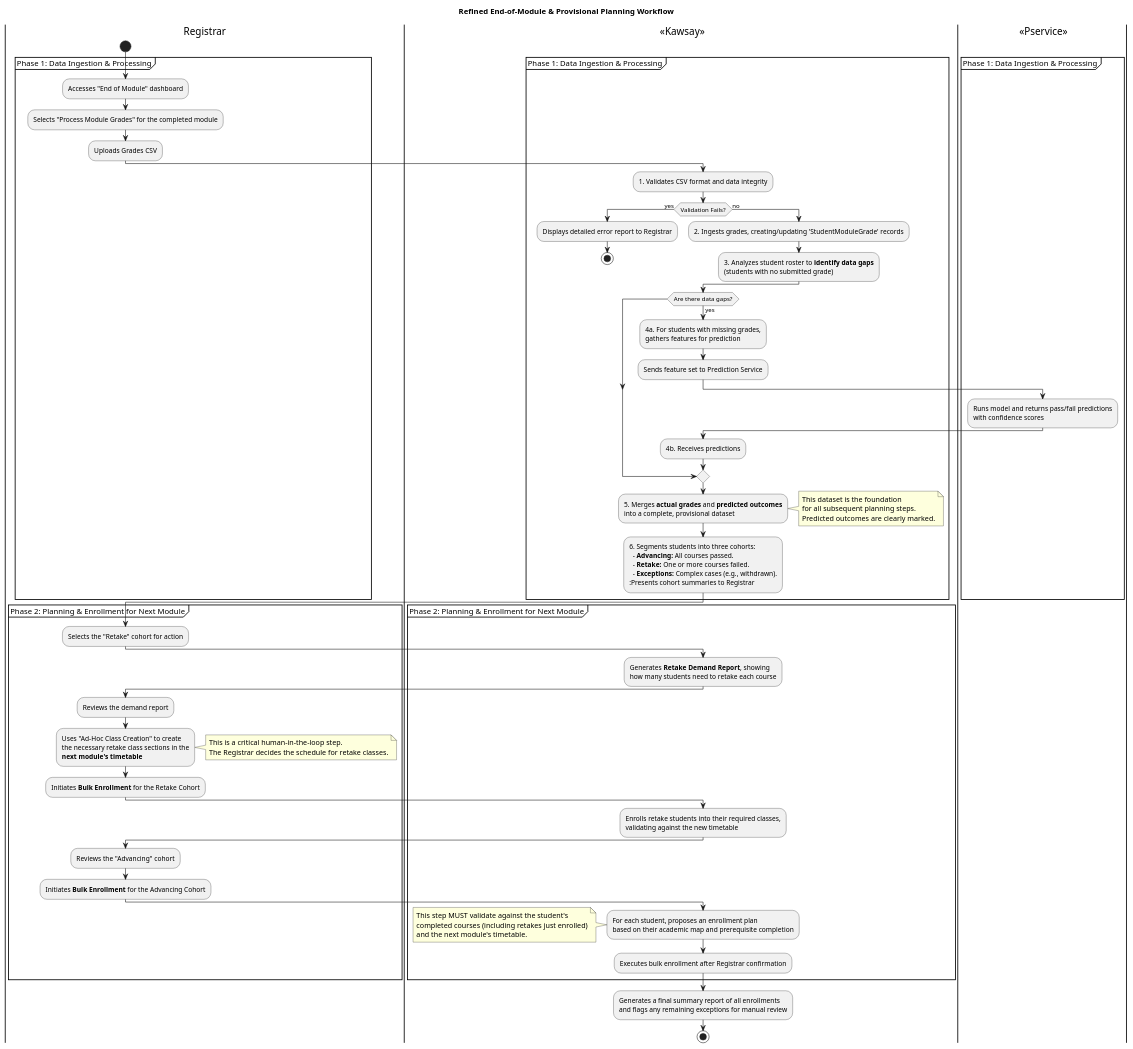
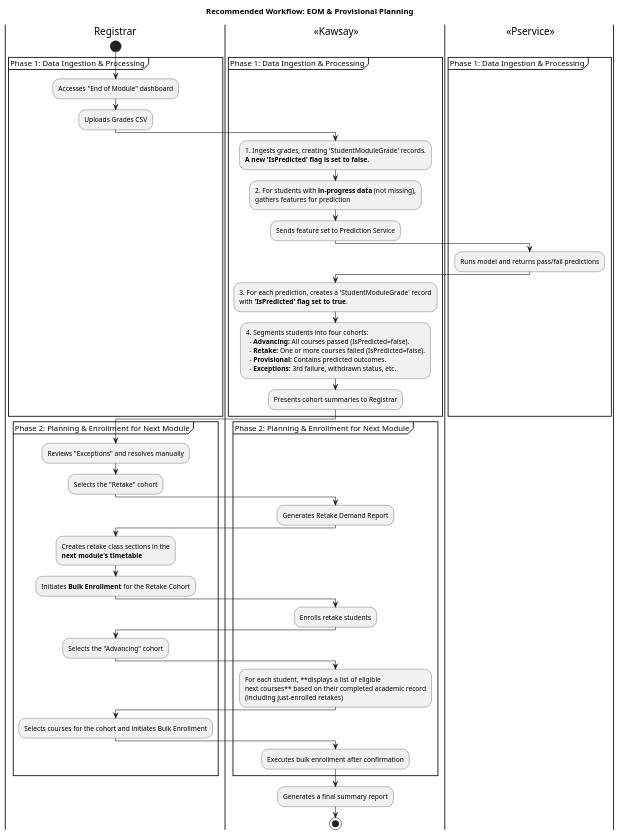
Before and after one commit to zrock-dev-backup/kawsay: the diagram in resources/activity-diagram/eom-wf.puml, drawn with PlantUML. The commit also changed 1 other file, not shown here.

Commit message:
refactor(enrollmetn): review

```diff
--- a/resources/activity-diagram/eom-wf.puml
+++ b/resources/activity-diagram/eom-wf.puml
@@ -1,94 +1,65 @@
 @startuml
-title Refined End-of-Module & Provisional Planning Workflow
+title Recommended Workflow: EOM & Provisional Planning
 
 |Registrar|
 start
 partition "Phase 1: Data Ingestion & Processing" {
     :Accesses "End of Module" dashboard;
-    :Selects "Process Module Grades" for the completed module;
     :Uploads Grades CSV;
 
     |System| <<Kawsay>>
-    :1. Validates CSV format and data integrity;
-    if (Validation Fails?) then (yes)
-        :Displays detailed error report to Registrar;
-        stop
-    else (no)
-        :2. Ingests grades, creating/updating 'StudentModuleGrade' records;
-        :3. Analyzes student roster to **identify data gaps**
-        (students with no submitted grade);
-    endif
+    :1. Ingests grades, creating 'StudentModuleGrade' records.
+    **A new 'IsPredicted' flag is set to false.**;
+    :2. For students with **in-progress data** (not missing),
+    gathers features for prediction;
+    :Sends feature set to Prediction Service;
 
-    if (Are there data gaps?) then (yes)
-        |System| <<Kawsay>>
-        :4a. For students with missing grades,
-        gathers features for prediction;
-        :Sends feature set to Prediction Service;
-
-        |Prediction| <<Pservice>>
-        :Runs model and returns pass/fail predictions
-        with confidence scores;
-
-        |System| <<Kawsay>>
-        :4b. Receives predictions;
-    endif
+    |Prediction| <<Pservice>>
+    :Runs model and returns pass/fail predictions;
 
     |System| <<Kawsay>>
-    :5. Merges **actual grades** and **predicted outcomes**
-    into a complete, provisional dataset;
-    note right
-        This dataset is the foundation
-        for all subsequent planning steps.
-        Predicted outcomes are clearly marked.
-    end note
-    :6. Segments students into three cohorts:
-      - **Advancing:** All courses passed.
-      - **Retake:** One or more courses failed.
-      - **Exceptions:** Complex cases (e.g., withdrawn).
+    :3. For each prediction, creates a 'StudentModuleGrade' record
+    with **'IsPredicted' flag set to true**.;
+    :4. Segments students into four cohorts:
+      - **Advancing:** All courses passed (IsPredicted=false).
+      - **Retake:** One or more courses failed (IsPredicted=false).
+      - **Provisional:** Contains predicted outcomes.
+      - **Exceptions:** 3rd failure, withdrawn status, etc.;
     :Presents cohort summaries to Registrar;
 }
 
 partition "Phase 2: Planning & Enrollment for Next Module" {
     |Registrar|
-    :Selects the "Retake" cohort for action;
+    :Reviews "Exceptions" and resolves manually;
+    :Selects the "Retake" cohort;
 
     |System| <<Kawsay>>
-    :Generates **Retake Demand Report**, showing
-    how many students need to retake each course;
+    :Generates Retake Demand Report;
 
     |Registrar|
-    :Reviews the demand report;
-    :Uses "Ad-Hoc Class Creation" to create
-    the necessary retake class sections in the
+    :Creates retake class sections in the
     **next module's timetable**;
-    note right
-        This is a critical human-in-the-loop step.
-        The Registrar decides the schedule for retake classes.
-    end note
     :Initiates **Bulk Enrollment** for the Retake Cohort;
 
     |System| <<Kawsay>>
-    :Enrolls retake students into their required classes,
-    validating against the new timetable;
+    :Enrolls retake students;
 
     |Registrar|
-    :Reviews the "Advancing" cohort;
-    :Initiates **Bulk Enrollment** for the Advancing Cohort;
+    :Selects the "Advancing" cohort;
 
     |System| <<Kawsay>>
-    :For each student, proposes an enrollment plan
-    based on their academic map and prerequisite completion;
-    note left
-        This step MUST validate against the student's
-        completed courses (including retakes just enrolled)
-        and the next module's timetable.
-    end note
-    :Executes bulk enrollment after Registrar confirmation;
+    :For each student, **displays a list of eligible
+    next courses** based on their completed academic record
+    (including just-enrolled retakes);
+
+    |Registrar|
+    :Selects courses for the cohort and initiates Bulk Enrollment;
+
+    |System| <<Kawsay>>
+    :Executes bulk enrollment after confirmation;
 }
 
 |System| <<Kawsay>>
-:Generates a final summary report of all enrollments
-and flags any remaining exceptions for manual review;
-
+:Generates a final summary report;
 stop
 @enduml
```
